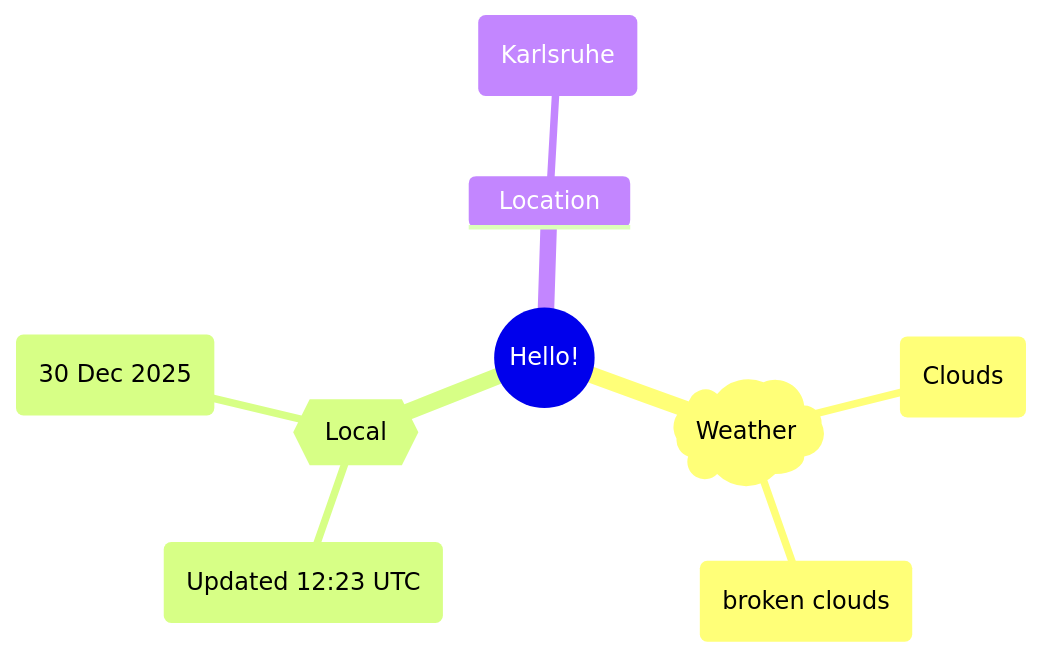
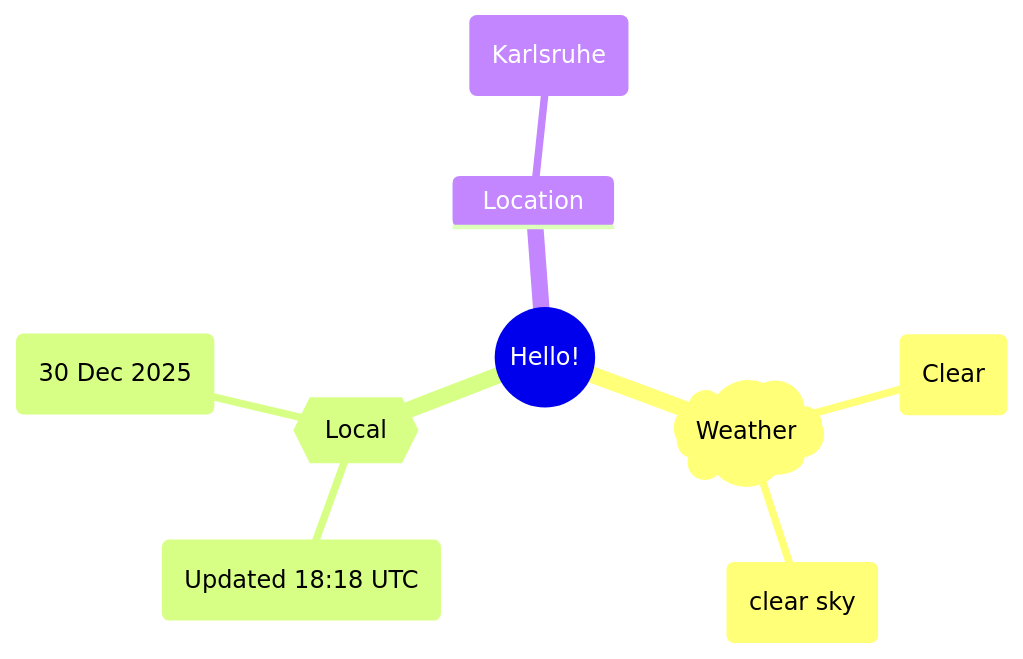
One commit to Xosrov/Xosrov changed the first of 2 diagrams in README.md. Above: the diagram before and after it, drawn with Mermaid.

Commit message:
[bot] updated images

````diff
--- a/README.md
+++ b/README.md
@@ -3,12 +3,12 @@
 ```mermaid
 mindmap
   root((Hello!))
     )Weather(
-        (Clouds)
-        (broken clouds)
+        (Clear)
+        (clear sky)
     {{Local}}
-        (Updated 12:23 UTC)
+        (Updated 18:18 UTC)
         (30 Dec 2025)
     Location
         (Karlsruhe)
 ```
````
